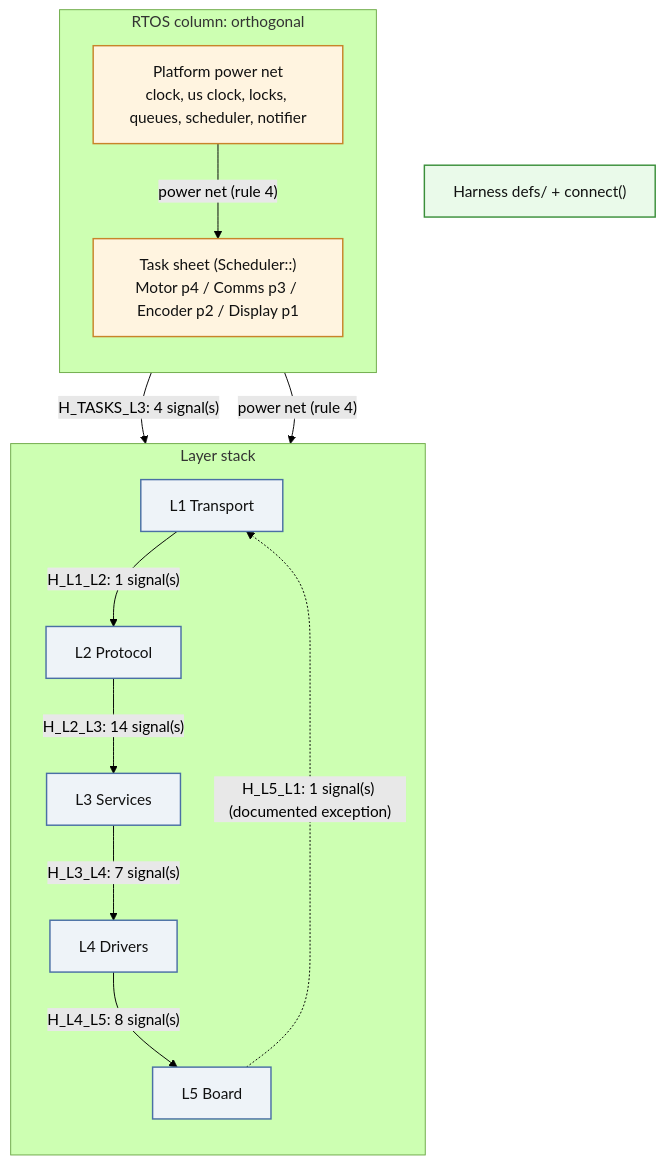
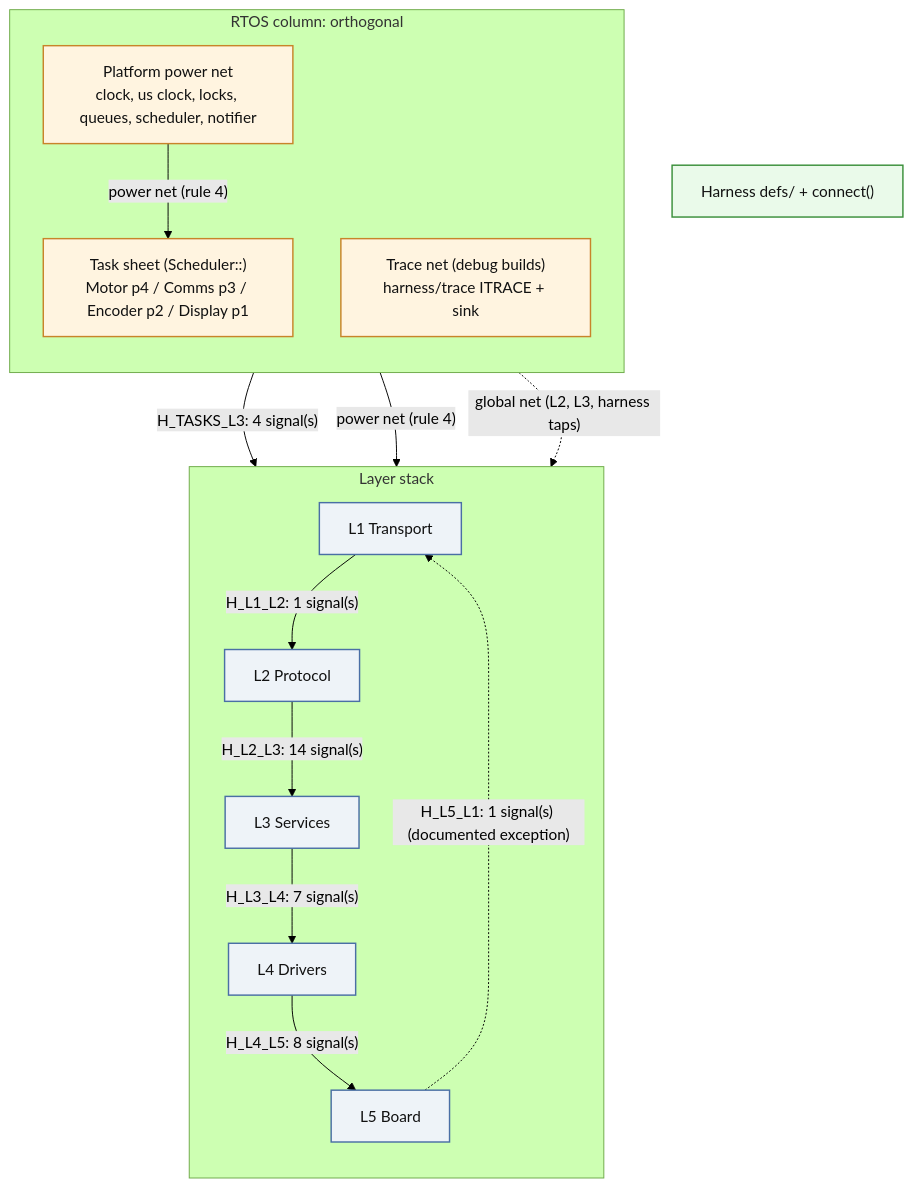
One commit to rcampiz/StepperMotorController changed the diagram in docs/ARCHITECTURE.md. Above: the diagram before and after it, drawn with Mermaid (forest theme). The commit also changed other lines of this file and 3 other files, not shown here.

First line of the commit message:
Phase 3 step 8: document harness/trace as the second global net

````diff
--- a/docs/ARCHITECTURE.md
+++ b/docs/ARCHITECTURE.md
@@ -118,28 +125,30 @@
 ```mermaid
 flowchart TB
   classDef layer fill:#eef3f8,stroke:#4a6fa5,stroke-width:1.5px,color:#111
   classDef rtos fill:#fff4e0,stroke:#c8842a,stroke-width:1.5px,color:#111
   classDef harness fill:#eafaea,stroke:#3a8f3a,stroke-width:1.5px,color:#111
   subgraph STACK[Layer stack]
     direction TB
     L1["L1 Transport"]:::layer
     L2["L2 Protocol"]:::layer
     L3["L3 Services"]:::layer
     L4["L4 Drivers"]:::layer
     L5["L5 Board"]:::layer
   end
   subgraph RTOS[RTOS column: orthogonal]
     direction TB
     TASKS["Task sheet (Scheduler::)\nMotor p4 / Comms p3 / Encoder p2 / Display p1"]:::rtos
     PLATFORM["Platform power net\nclock, us clock, locks, queues, scheduler, notifier"]:::rtos
+    TRACE["Trace net (debug builds)\nharness/trace ITRACE + sink"]:::rtos
   end
   HARNESS["Harness defs/ + connect()"]:::harness
   L1 -- "H_L1_L2: 1 signal(s)" --> L2
   L2 -- "H_L2_L3: 14 signal(s)" --> L3
   L3 -- "H_L3_L4: 7 signal(s)" --> L4
   L4 -- "H_L4_L5: 8 signal(s)" --> L5
   L5 -. "H_L5_L1: 1 signal(s) (documented exception)" .-> L1
   TASKS -- "H_TASKS_L3: 4 signal(s)" --> L3
   PLATFORM -- "power net (rule 4)" --> STACK
   PLATFORM -- "power net (rule 4)" --> TASKS
+  TRACE -. "global net (L2, L3, harness taps)" .-> STACK
 ```
````
